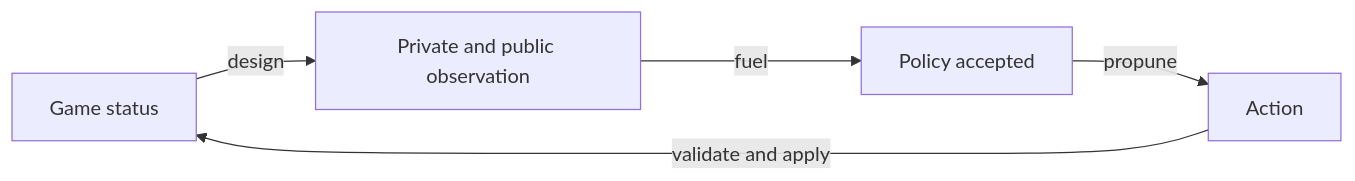
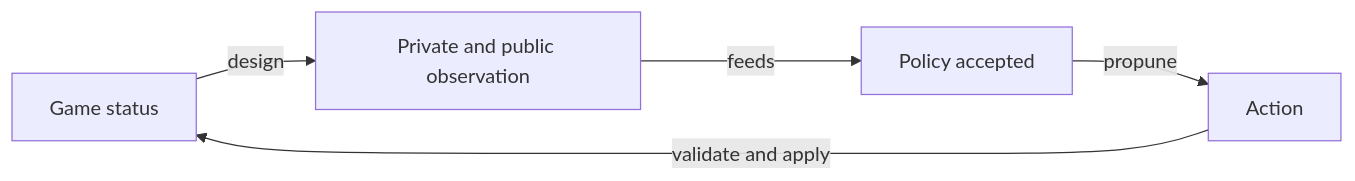
The first of 2 diagrams in docs/ai/README.md (crististefanita/atf_j4), drawn with Mermaid before and after one commit. The commit also changed other lines of this file and 84 other files, not shown here.

````diff
--- a/docs/ai/README.md
+++ b/docs/ai/README.md
@@ -21,7 +21,7 @@
 ```mermaid
 flowchart LR
     STATE[Game status] -->|design| OBS[Private and public observation]
-    OBS -->|fuel| POLICY[Policy accepted]
+    OBS -->|feeds| POLICY[Policy accepted]
     POLICY -->|propune| ACTION[Action]
     ACTION -->|validate and apply| STATE
 ```
````
